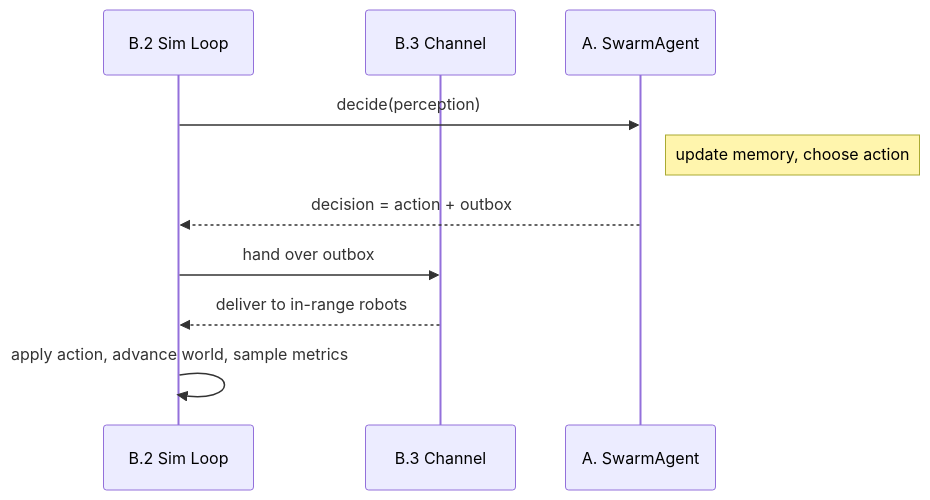
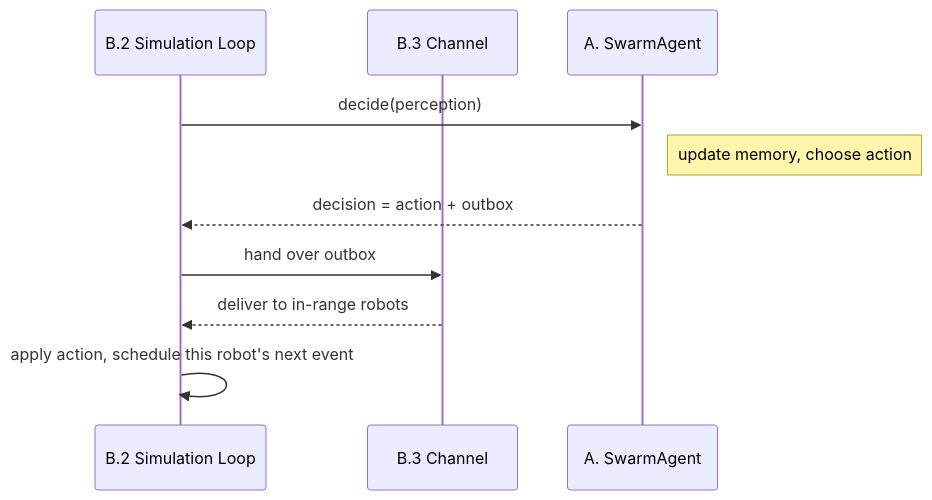
One commit to TychoGrapendaal/JIP_Swarm_Field changed the second of 4 diagrams in docs/system-decomposition.md. Above: the diagram before and after it, drawn with Mermaid. The commit also changed other lines of this file and 31 other files, not shown here.

````diff
--- a/docs/system-decomposition.md
+++ b/docs/system-decomposition.md
@@ -373,12 +372,12 @@
 ```mermaid
 sequenceDiagram
-    participant SL as B.2 Sim Loop
+    participant SL as B.2 Simulation Loop
     participant CH as B.3 Channel
     participant AG as A. SwarmAgent
     SL->>AG: decide(perception)
     Note right of AG: update memory, choose action
     AG-->>SL: decision = action + outbox
     SL->>CH: hand over outbox
     CH-->>SL: deliver to in-range robots
-    SL->>SL: apply action, advance world, sample metrics
+    SL->>SL: apply action, schedule this robot's next event
 ```
````
